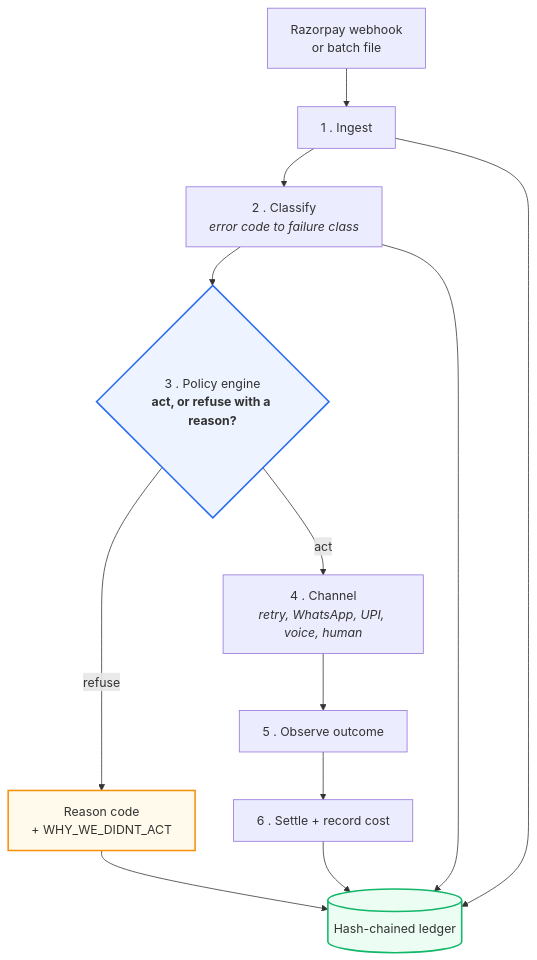
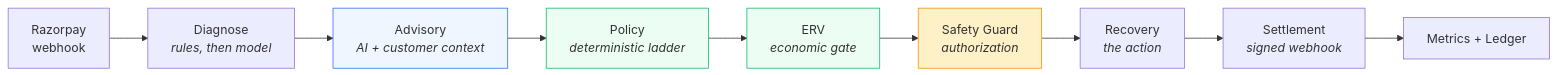
Before and after one commit to RahulH007/RazorPay_Buildathon: the diagram in README.md, drawn with Mermaid. The commit also changed other lines of this file and 59 other files, not shown here.

````diff
--- a/README.md
+++ b/README.md
@@ -137,18 +182,16 @@
 ```mermaid
-flowchart TD
-    A[Razorpay webhook<br/>or batch file] --> B[1 . Ingest]
-    B --> C[2 . Classify<br/><i>error code to failure class</i>]
-    C --> D{3 . Policy engine<br/><b>act, or refuse with a reason?</b>}
-    D -->|refuse| R[Reason code<br/>+ WHY_WE_DIDNT_ACT]
-    D -->|act| E[4 . Channel<br/><i>retry, WhatsApp, UPI, voice, human</i>]
-    E --> F[5 . Observe outcome]
-    F --> G[6 . Settle + record cost]
-    R --> L[(Hash-chained ledger)]
-    G --> L
-    B --> L
-    C --> L
+flowchart LR
+    A[Razorpay<br/>webhook] --> B[Diagnose<br/><i>rules, then model</i>]
+    B --> C[Advisory<br/><i>AI + customer context</i>]
+    C --> D[Policy<br/><i>deterministic ladder</i>]
+    D --> E[ERV<br/><i>economic gate</i>]
+    E --> F[Safety Guard<br/><i>authorization</i>]
+    F --> G[Recovery<br/><i>the action</i>]
+    G --> H[Settlement<br/><i>signed webhook</i>]
+    H --> I[Metrics + Ledger]
 
-    style D fill:#EEF4FF,stroke:#2B6DEF,stroke-width:2px
-    style R fill:#FFFAEB,stroke:#F79009,stroke-width:2px
-    style L fill:#ECFDF3,stroke:#12B76A,stroke-width:2px
+    style C fill:#EFF6FF,stroke:#2B6DEF
+    style D fill:#ECFDF3,stroke:#12B76A
+    style E fill:#ECFDF3,stroke:#12B76A
+    style F fill:#FEF0C7,stroke:#F79009
 ```
````
